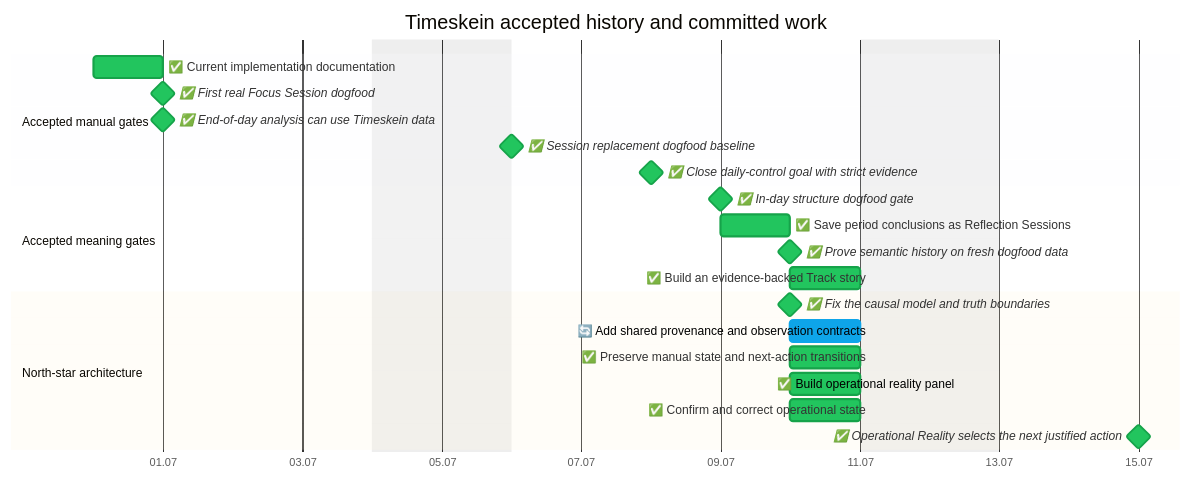
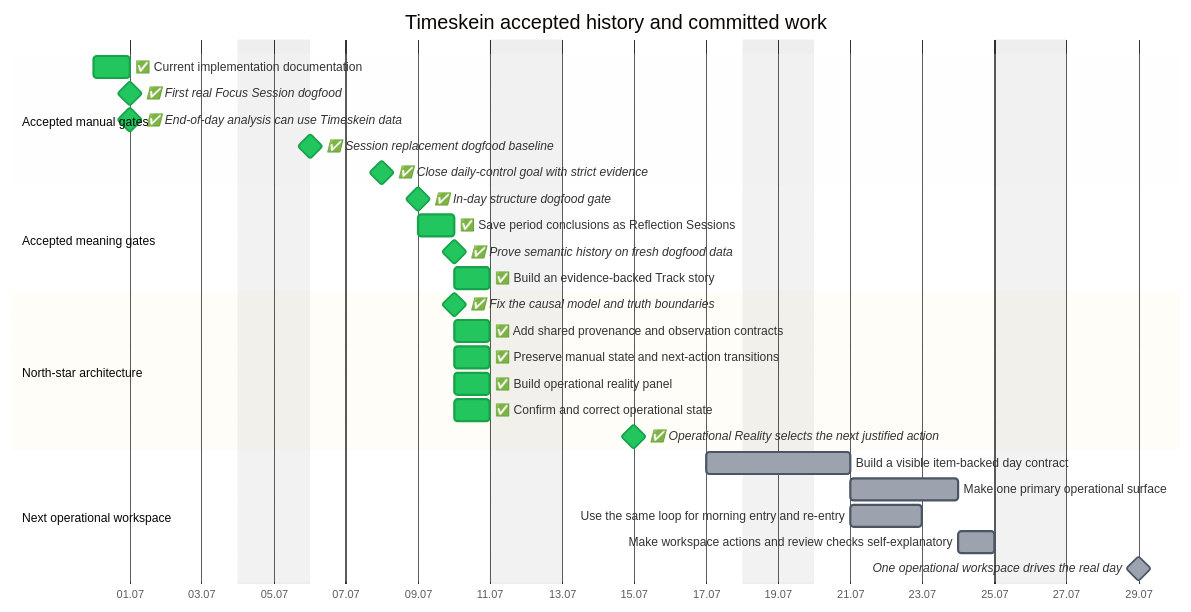
The second of 2 diagrams in docs/roadmap/opskarta.md (asukhodko/timeskein), drawn with Mermaid before and after one commit. The commit also changed other lines of this file and 14 other files, not shown here.

Commit message:
docs: select operational workspace milestone

````diff
--- a/docs/roadmap/opskarta.md
+++ b/docs/roadmap/opskarta.md
@@ -166,28 +184,34 @@
 ```mermaid
 %%{init: {"theme": "base", "themeVariables": {"taskBkgColor": "#9ca3af", "taskBorderColor": "#4b5563", "taskTextColor": "#000000", "taskTextDarkColor": "#000000", "taskTextLightColor": "#000000", "activeTaskBkgColor": "#0ea5e9", "activeTaskBorderColor": "#0ea5e9", "doneTaskBkgColor": "#22c55e", "doneTaskBorderColor": "#16a34a", "critBkgColor": "#fecaca", "critBorderColor": "#fecaca", "todayLineColor": "#ef4444"}} }%%
 
 gantt
     title Timeskein accepted history and committed work
     dateFormat YYYY-MM-DD
     axisFormat %d.%m
     excludes weekends
 
     section Accepted manual gates
     ✅ Current implementation documentation  :done, ts_baseline_docs,    2026-06-30, 1d
     ✅ First real Focus Session dogfood  :milestone, done, ts_focus_core_dogfood_gate,    2026-07-01, 0d
     ✅ End-of-day analysis can use Timeskein data  :milestone, done, ts_day_review_analysis_gate,    2026-07-01, 0d
     ✅ Session replacement dogfood baseline  :milestone, done, ts_hardening_dogfood_release,    2026-07-06, 0d
     ✅ Close daily-control goal with strict evidence  :milestone, done, ts_daily_control_goal_check,    2026-07-08, 0d
     section Accepted meaning gates
     ✅ In-day structure dogfood gate  :milestone, done, ts_in_day_structure_dogfood_gate,    2026-07-09, 0d
     ✅ Save period conclusions as Reflection Sessions  :done, ts_periodic_reflection_reflection_sessions,    2026-07-09, 1d
     ✅ Prove semantic history on fresh dogfood data  :milestone, done, ts_periodic_reflection_semantic_dogfood_gate,    2026-07-10, 0d
     ✅ Build an evidence-backed Track story  :done, ts_periodic_reflection_context_links,    2026-07-10, 1d
     section North-star architecture
     ✅ Fix the causal model and truth boundaries  :milestone, done, ts_causal_memory_architecture_gate,    2026-07-10, 0d
-    🔄 Add shared provenance and observation contracts  :active, ts_causal_memory_provenance_contract,    2026-07-10, 1d
+    ✅ Add shared provenance and observation contracts  :done, ts_causal_memory_provenance_contract,    2026-07-10, 1d
     ✅ Preserve manual state and next-action transitions  :done, ts_causal_memory_transition_history,    2026-07-10, 1d
     ✅ Build operational reality panel  :done, ts_periodic_reflection_operational_reality,    2026-07-10, 1d
     ✅ Confirm and correct operational state  :done, ts_steering_manual_correction,    2026-07-10, 1d
     ✅ Operational Reality selects the next justified action  :milestone, done, ts_steering_operational_reality_gate,    2026-07-15, 0d
+    section Next operational workspace
+    Build a visible item-backed day contract  :ts_steering_workspace_day_contract,    2026-07-17, 2d
+    Make one primary operational surface  :ts_steering_workspace_primary_surface,    2026-07-21, 3d
+    Use the same loop for morning entry and re-entry  :ts_steering_workspace_reentry,    2026-07-21, 2d
+    Make workspace actions and review checks self-explanatory  :ts_steering_workspace_explainability,    2026-07-24, 1d
+    One operational workspace drives the real day  :milestone, ts_steering_workspace_gate,    2026-07-29, 0d
 ```
````
